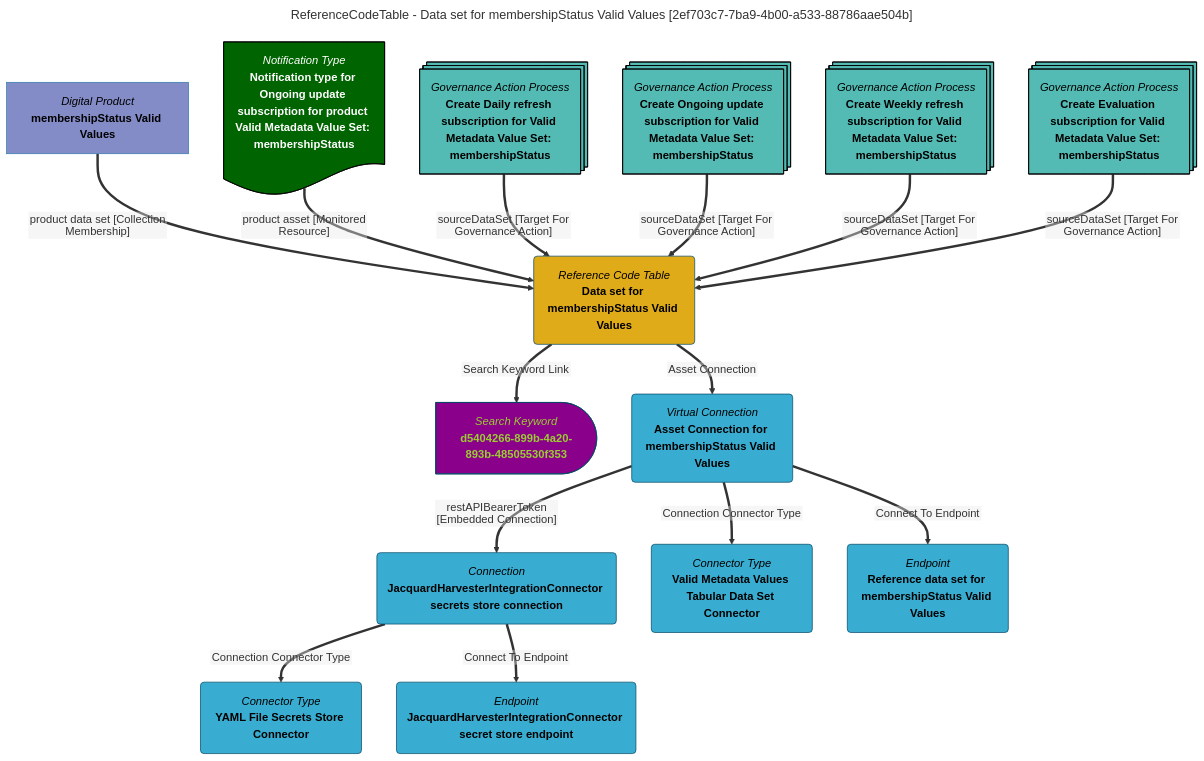
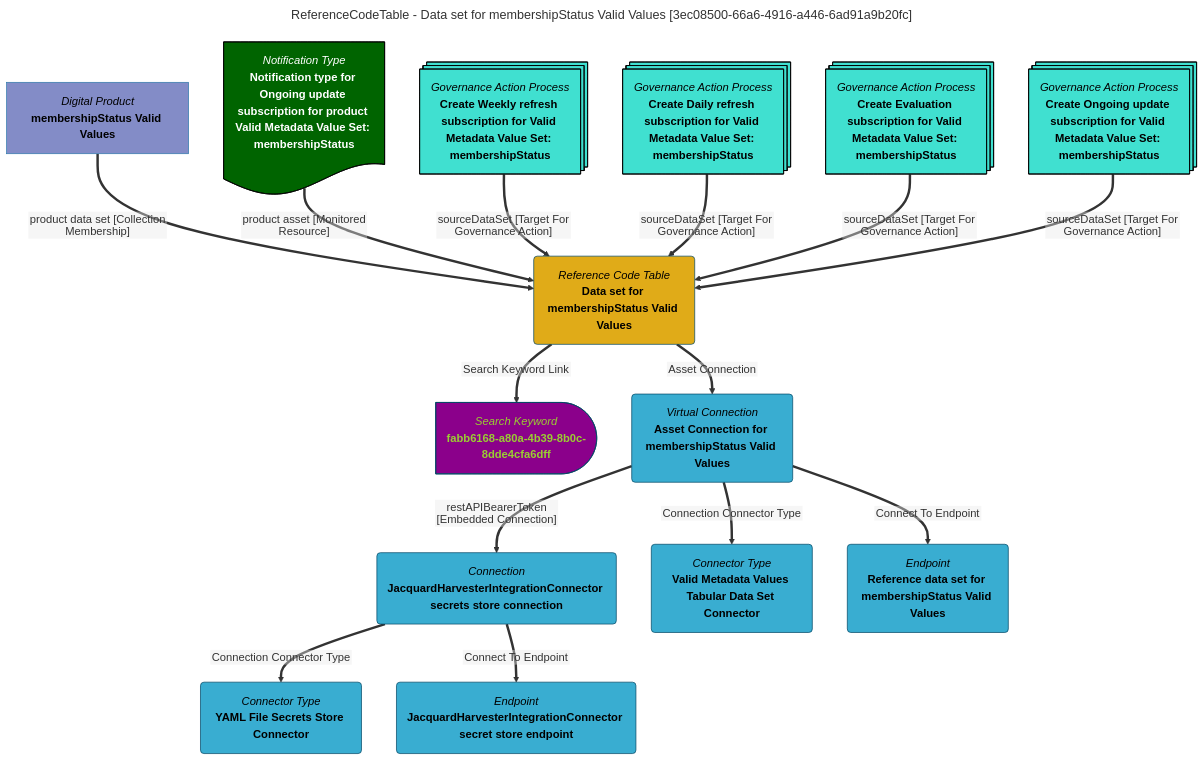
One commit to odpi/egeria-docs changed the diagram in site/snippets/data-assets/data-set-for-membershipstatus-valid-values-mermaid-graph.md. Above: the diagram before and after it, drawn with Mermaid. The commit also changed 2201 other files, not shown here.

````diff
--- a/site/snippets/data-assets/data-set-for-membershipstatus-valid-values-mermaid-graph.md
+++ b/site/snippets/data-assets/data-set-for-membershipstatus-valid-values-mermaid-graph.md
@@ -1,63 +1,63 @@
 ```mermaid
 ---
-title: ReferenceCodeTable - Data set for membershipStatus Valid Values [2ef703c7-7ba9-4b00-a533-88786aae504b]
+title: ReferenceCodeTable - Data set for membershipStatus Valid Values [3ec08500-66a6-4916-a446-6ad91a9b20fc]
 ---
 flowchart TD
 %%{init: {"flowchart": {"htmlLabels": false}} }%%
 
 1@{ shape: rounded, label: "*Reference Code Table*
 **Data set for membershipStatus Valid Values**"}
 2@{ shape: delay, label: "*Search Keyword*
-**d5404266-899b-4a20-893b-48505530f353**"}
+**fabb6168-a80a-4b39-8b0c-8dde4cfa6dff**"}
 1==>|"Search Keyword Link"|2
 3@{ shape: rect, label: "*Digital Product*
 **membershipStatus Valid Values**"}
 3==>|"product data set [Collection Membership]"|1
 4@{ shape: rounded, label: "*Virtual Connection*
 **Asset Connection for membershipStatus Valid Values**"}
 1==>|"Asset Connection"|4
 5@{ shape: rounded, label: "*Connection*
 **JacquardHarvesterIntegrationConnector secrets store connection**"}
 4==>|"restAPIBearerToken [Embedded Connection]"|5
 6@{ shape: rounded, label: "*Connector Type*
 **YAML File Secrets Store Connector**"}
 5==>|"Connection Connector Type"|6
 7@{ shape: rounded, label: "*Endpoint*
 **JacquardHarvesterIntegrationConnector secret store endpoint**"}
 5==>|"Connect To Endpoint"|7
 8@{ shape: rounded, label: "*Connector Type*
 **Valid Metadata Values Tabular Data Set Connector**"}
 4==>|"Connection Connector Type"|8
 9@{ shape: rounded, label: "*Endpoint*
 **Reference data set for membershipStatus Valid Values**"}
 4==>|"Connect To Endpoint"|9
 10@{ shape: doc, label: "*Notification Type*
 **Notification type for Ongoing update subscription for product Valid Metadata Value Set: membershipStatus**"}
 10==>|"product asset [Monitored Resource]"|1
 11@{ shape: processes, label: "*Governance Action Process*
-**Create Daily refresh subscription for Valid Metadata Value Set: membershipStatus**"}
+**Create Weekly refresh subscription for Valid Metadata Value Set: membershipStatus**"}
 11==>|"sourceDataSet [Target For Governance Action]"|1
 12@{ shape: processes, label: "*Governance Action Process*
-**Create Ongoing update subscription for Valid Metadata Value Set: membershipStatus**"}
+**Create Daily refresh subscription for Valid Metadata Value Set: membershipStatus**"}
 12==>|"sourceDataSet [Target For Governance Action]"|1
 13@{ shape: processes, label: "*Governance Action Process*
-**Create Weekly refresh subscription for Valid Metadata Value Set: membershipStatus**"}
+**Create Evaluation subscription for Valid Metadata Value Set: membershipStatus**"}
 13==>|"sourceDataSet [Target For Governance Action]"|1
 14@{ shape: processes, label: "*Governance Action Process*
-**Create Evaluation subscription for Valid Metadata Value Set: membershipStatus**"}
+**Create Ongoing update subscription for Valid Metadata Value Set: membershipStatus**"}
 14==>|"sourceDataSet [Target For Governance Action]"|1
-style 11 color:#000000, fill:#53bbb4, stroke:#000000
-style 12 color:#000000, fill:#53bbb4, stroke:#000000
-style 13 color:#000000, fill:#53bbb4, stroke:#000000
-style 14 color:#000000, fill:#53bbb4, stroke:#000000
+style 11 color:#000000, fill:#40E0D0, stroke:#000000
+style 12 color:#000000, fill:#40E0D0, stroke:#000000
+style 13 color:#000000, fill:#40E0D0, stroke:#000000
+style 14 color:#000000, fill:#40E0D0, stroke:#000000
 style 1 color:#000000, fill:#e0ab18, stroke:#004563
-style 2 color:#9acd32, fill:#8b008b, stroke:#004563
+style 2 color:#9ACD32, fill:#8B008B, stroke:#004563
 style 3 color:#000000, fill:#838cc7, stroke:#3079ab
 style 4 color:#000000, fill:#39add1, stroke:#004563
 style 5 color:#000000, fill:#39add1, stroke:#004563
 style 6 color:#000000, fill:#39add1, stroke:#004563
 style 7 color:#000000, fill:#39add1, stroke:#004563
 style 8 color:#000000, fill:#39add1, stroke:#004563
 style 9 color:#000000, fill:#39add1, stroke:#004563
 style 10 color:#FFFFFF, fill:#006400, stroke:#000000
 ```
````
